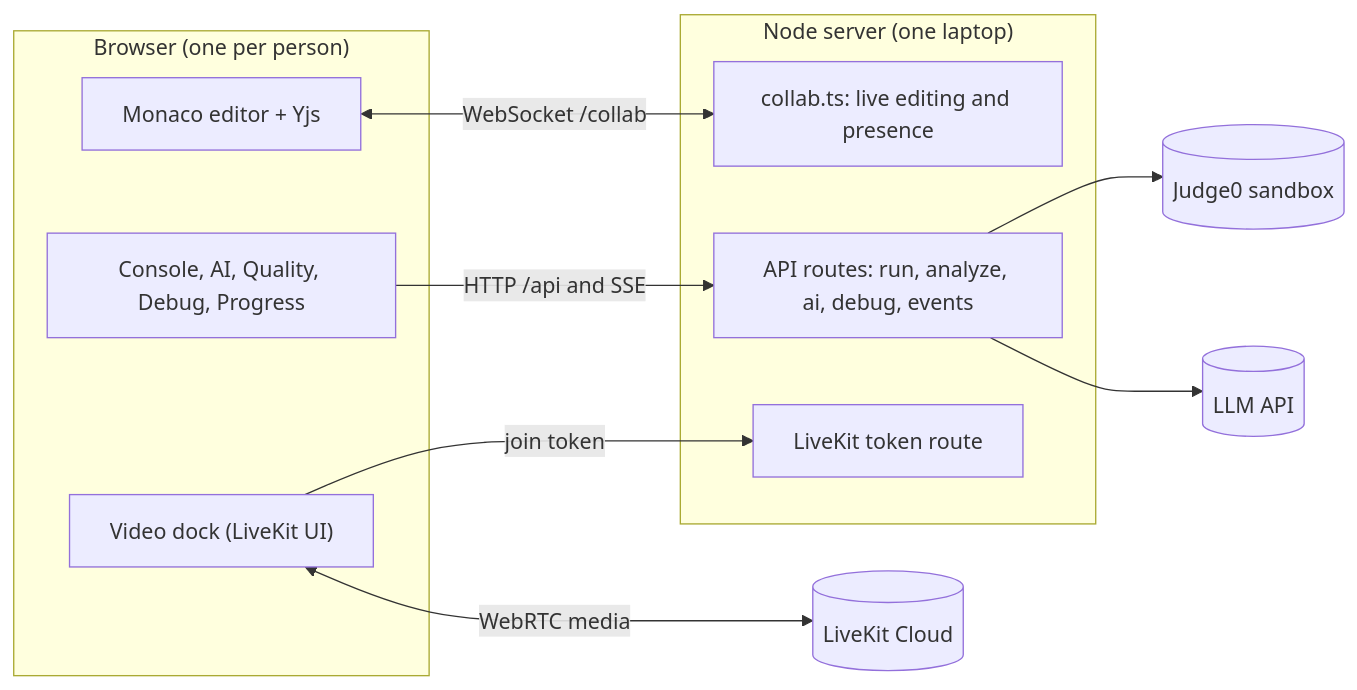
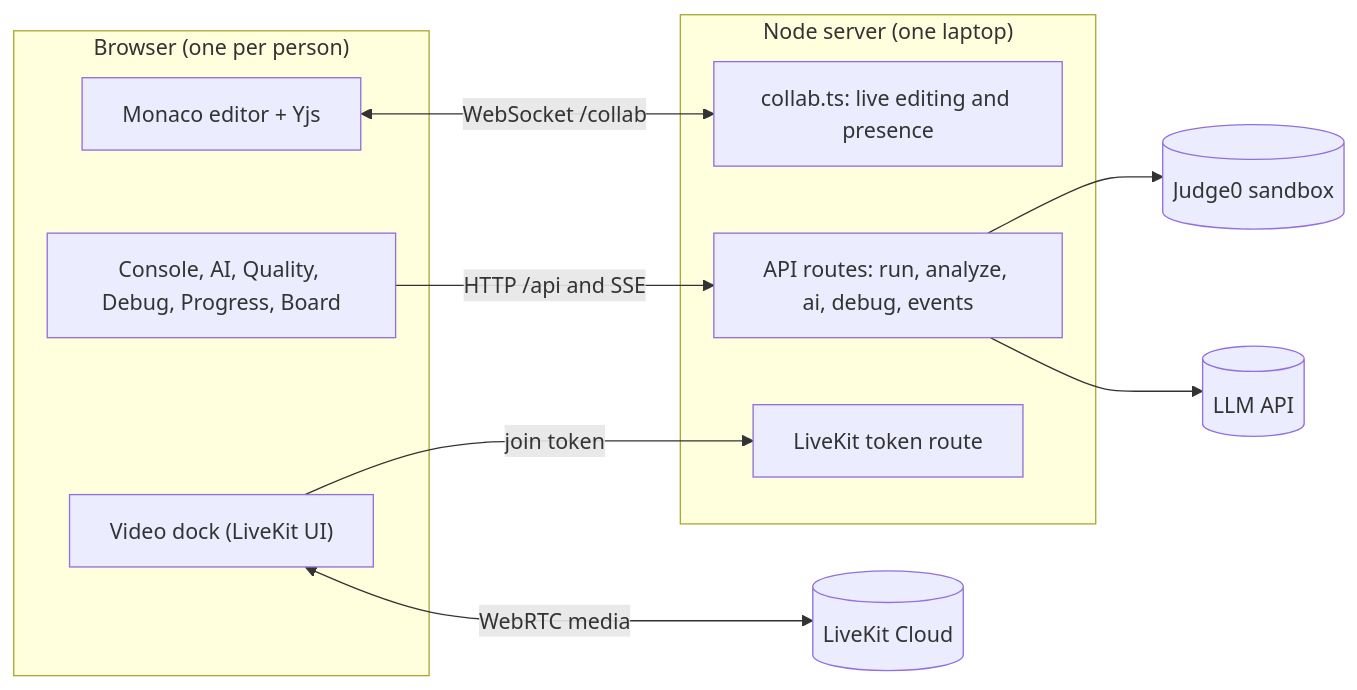
One commit to akshitsharma24-ux/SyncVerse changed the first of 2 diagrams in README.md. Above: the diagram before and after it, drawn with Mermaid. The commit also changed other lines of this file and 19 other files, not shown here.

````diff
--- a/README.md
+++ b/README.md
@@ -14,19 +14,19 @@
 ```mermaid
 flowchart LR
   subgraph Browser["Browser (one per person)"]
     Editor["Monaco editor + Yjs"]
     Video["Video dock (LiveKit UI)"]
-    Panels["Console, AI, Quality, Debug, Progress"]
+    Panels["Console, AI, Quality, Debug, Progress, Board"]
   end
   subgraph Server["Node server (one laptop)"]
     Collab["collab.ts: live editing and presence"]
     Routes["API routes: run, analyze, ai, debug, events"]
     Token["LiveKit token route"]
   end
   Editor <-->|"WebSocket /collab"| Collab
   Panels -->|"HTTP /api and SSE"| Routes
   Video -->|"join token"| Token
   Video <-->|"WebRTC media"| LiveKit[("LiveKit Cloud")]
   Routes --> Judge0[("Judge0 sandbox")]
   Routes --> LLM[("LLM API")]
 ```
````
